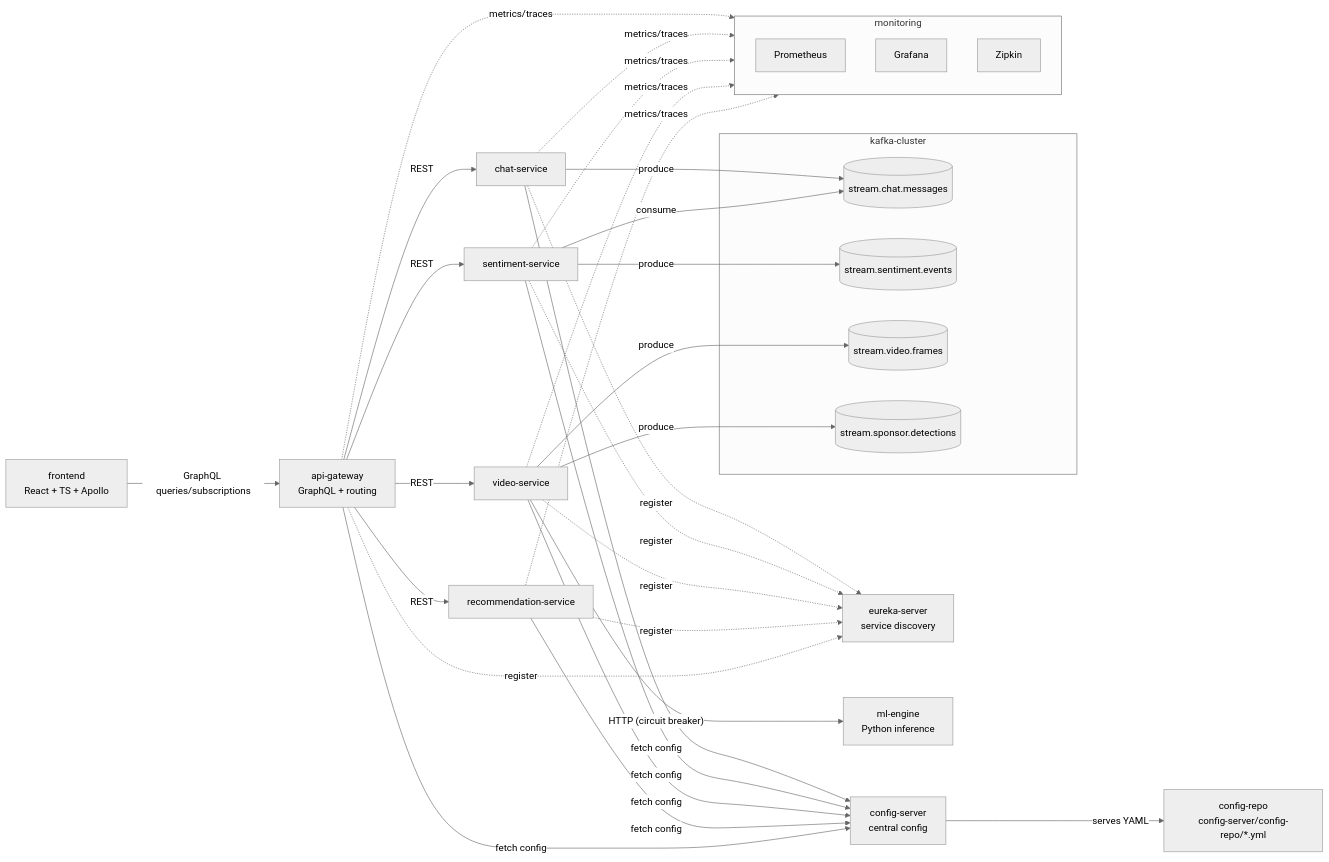
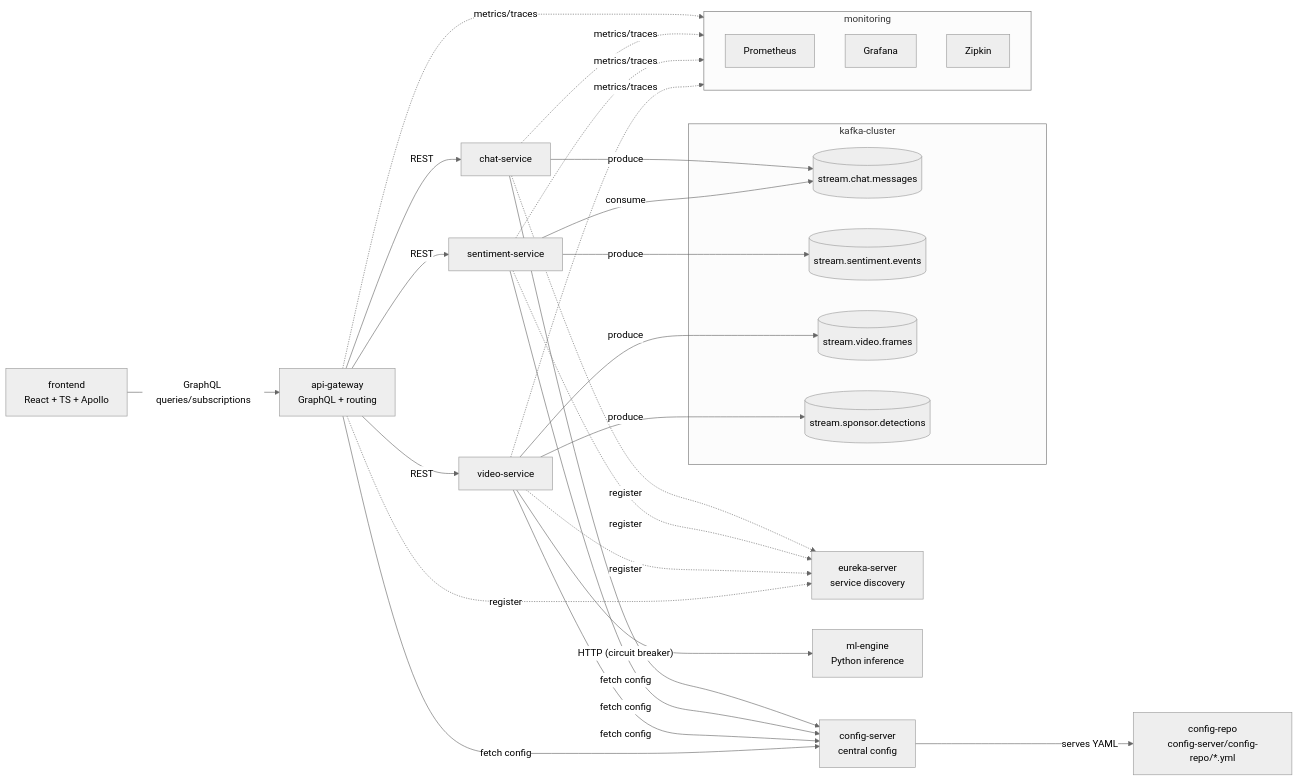
Before and after one commit to 8wali8/StreamSense-Production: the diagram in docs/architecture.md, drawn with Mermaid (neutral theme). The commit also changed other lines of this file and 64 other files, not shown here.

First line of the commit message:
refactor: remove recommendation-service from the stack

````diff
--- a/docs/architecture.md
+++ b/docs/architecture.md
@@ -5,60 +5,56 @@
 ```mermaid
 flowchart LR
   %% ---- Client layer ----
   FE[frontend<br/>React + TS + Apollo] -->|GraphQL queries/subscriptions| GW[api-gateway<br/>GraphQL + routing]
 
   %% ---- Core platform ----
   GW -->|REST| CHAT[chat-service]
   GW -->|REST| SENT[sentiment-service]
   GW -->|REST| VIDEO[video-service]
-  GW -->|REST| RECO[recommendation-service]
 
   %% ---- Discovery + config ----
   EUREKA[eureka-server<br/>service discovery]
   CONFIG[config-server<br/>central config]
 
   CHAT -.->|register| EUREKA
   SENT -.->|register| EUREKA
   VIDEO -.->|register| EUREKA
-  RECO -.->|register| EUREKA
   GW   -.->|register| EUREKA
 
   CHAT -->|fetch config| CONFIG
   SENT -->|fetch config| CONFIG
   VIDEO -->|fetch config| CONFIG
-  RECO -->|fetch config| CONFIG
   GW   -->|fetch config| CONFIG
 
   CONFIG -->|serves YAML| CREPO[config-repo<br/>config-server/config-repo/*.yml]
 
   %% ---- Event backbone ----
   subgraph KAFKA[kafka-cluster]
     TCHAT[(stream.chat.messages)]
     TSENT[(stream.sentiment.events)]
     TVID[(stream.video.frames)]
     TSPON[(stream.sponsor.detections)]
   end
 
   CHAT -->|produce| TCHAT
   SENT -->|consume| TCHAT
   SENT -->|produce| TSENT
 
   VIDEO -->|produce| TVID
   VIDEO -->|produce| TSPON
 
   %% ---- ML ----
   VIDEO -->|"HTTP (circuit breaker)"| ML[ml-engine<br/>Python inference]
 
   %% ---- Observability ----
   subgraph OBS[monitoring]
     PROM[Prometheus]
     GRAF[Grafana]
     ZIP[Zipkin]
   end
 
   GW -.->|metrics/traces| OBS
   CHAT -.->|metrics/traces| OBS
   SENT -.->|metrics/traces| OBS
   VIDEO -.->|metrics/traces| OBS
-  RECO -.->|metrics/traces| OBS
 ```
````
